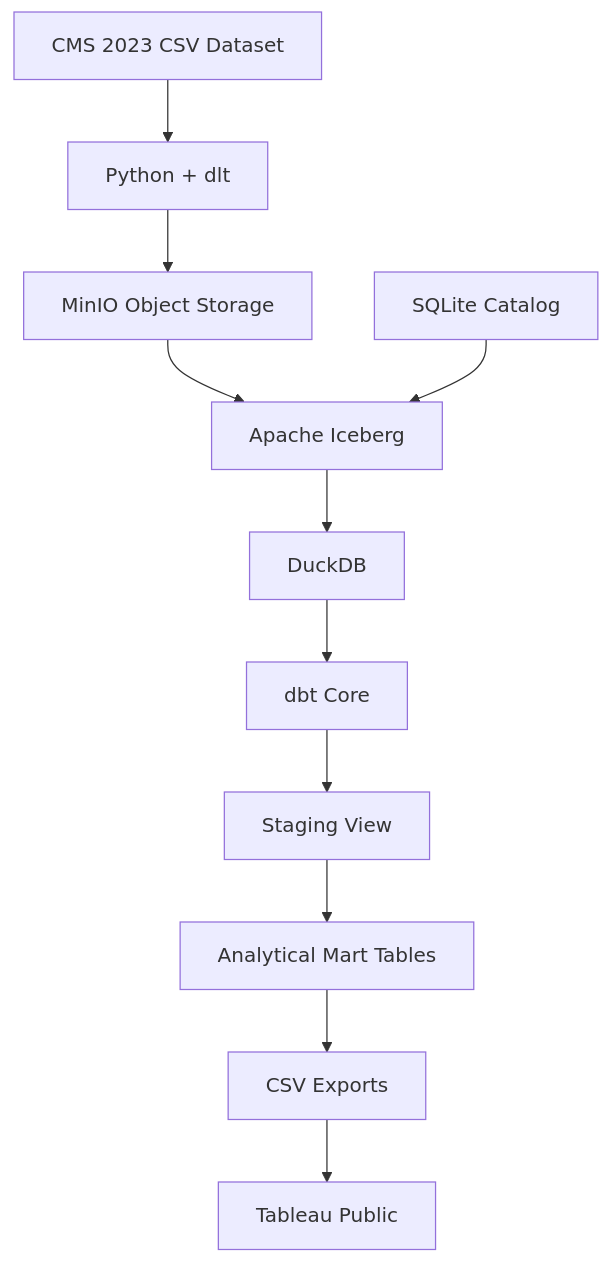
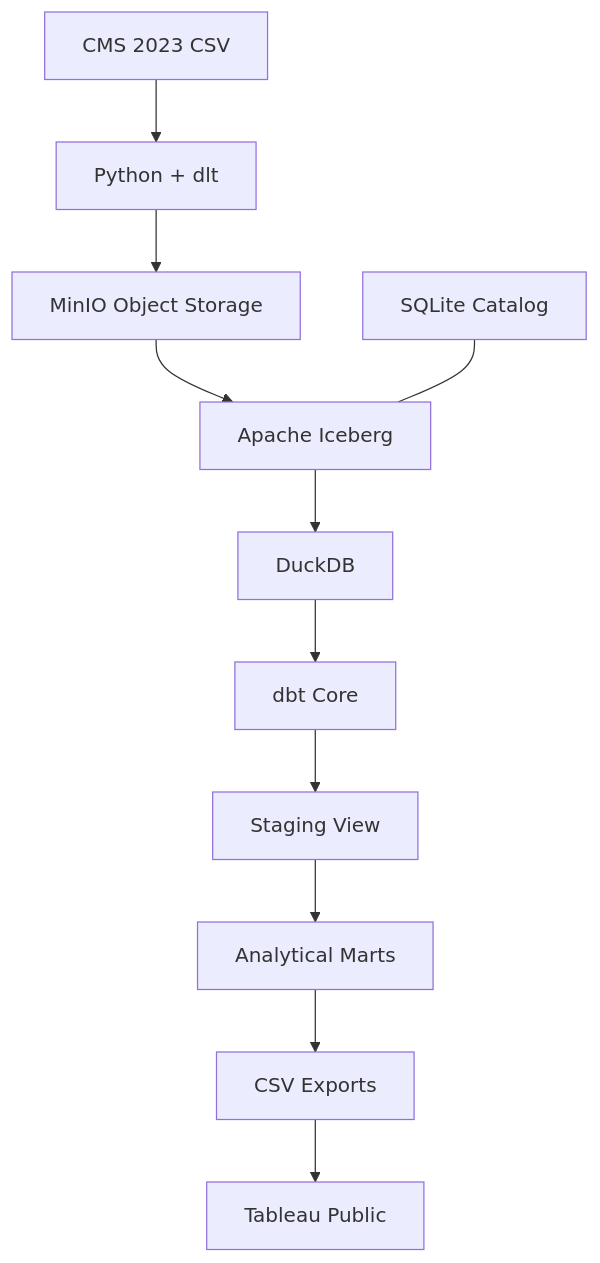
The diagram in docs/architecture.md (abinayanehru/medintel), drawn with Mermaid before and after one commit. The commit also changed other lines of this file, not shown here.

First line of the commit message:
Revise architecture documentation for MedIntel project

````diff
--- a/docs/architecture.md
+++ b/docs/architecture.md
@@ -20,25 +22,13 @@
 ```mermaid
 flowchart TD
-    A["CMS 2023 CSV Dataset"]
-    B["Python + dlt"]
-    C["MinIO Object Storage"]
-    D["Apache Iceberg"]
-    E["SQLite Catalog"]
-    F["DuckDB"]
-    G["dbt Core"]
-    H["Staging View"]
-    I["Analytical Mart Tables"]
-    J["CSV Exports"]
-    K["Tableau Public"]
-
-    A --> B
-    B --> C
-    C --> D
-    E --> D
-    D --> F
-    F --> G
-    G --> H
-    H --> I
-    I --> J
-    J --> K
+    A["CMS 2023 CSV"] --> B["Python + dlt"]
+    B --> C["MinIO Object Storage"]
+    C --> D["Apache Iceberg"]
+    E["SQLite Catalog"] --- D
+    D --> F["DuckDB"]
+    F --> G["dbt Core"]
+    G --> H["Staging View"]
+    H --> I["Analytical Marts"]
+    I --> J["CSV Exports"]
+    J --> K["Tableau Public"]
 ```
````
